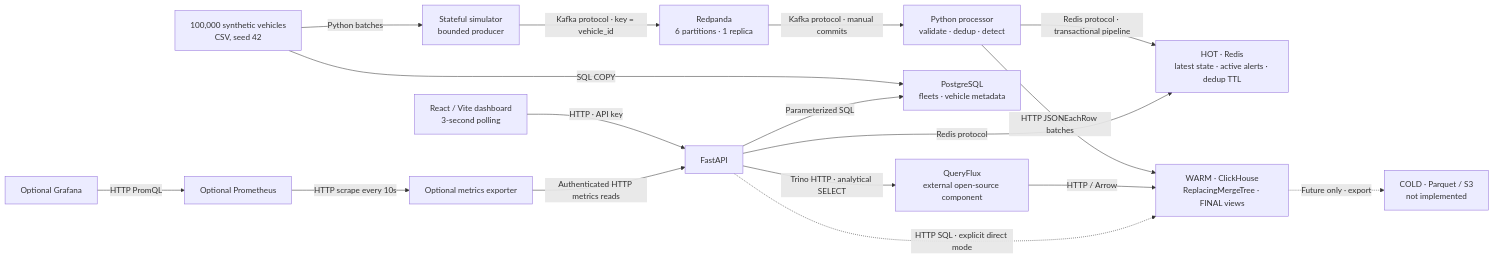
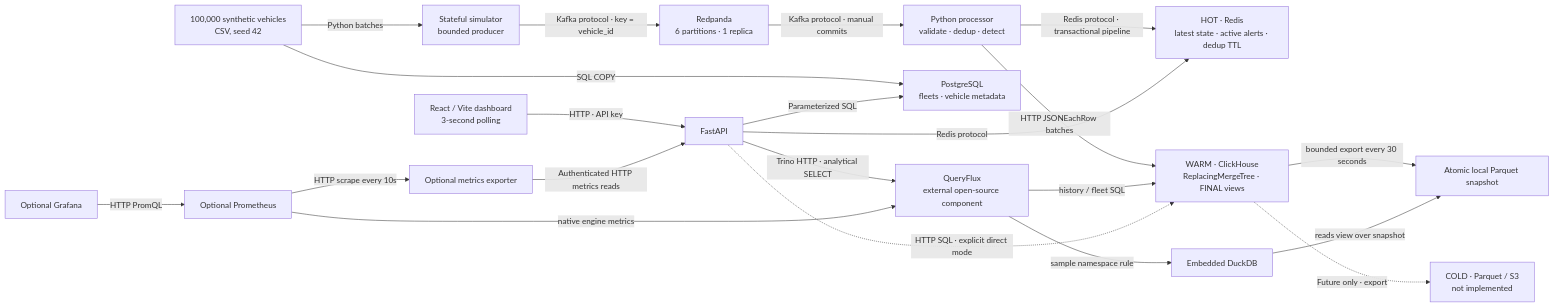
One commit to Kaileshwar16/VeloSense changed the diagram in docs/architecture.mmd. Above: the diagram before and after it, drawn with Mermaid. The commit also changed 44 other files, not shown here.

Commit message:
Add verified DuckDB sample routing alongside ClickHouse

```diff
--- a/docs/architecture.mmd
+++ b/docs/architecture.mmd
@@ -1,17 +1,21 @@
 flowchart LR
     Registry["100,000 synthetic vehicles\nCSV, seed 42"] -->|Python batches| Sim["Stateful simulator\nbounded producer"]
     Sim -->|"Kafka protocol · key = vehicle_id"| Kafka["Redpanda\n6 partitions · 1 replica"]
     Kafka -->|"Kafka protocol · manual commits"| Processor["Python processor\nvalidate · dedup · detect"]
     Processor -->|"Redis protocol · transactional pipeline"| Redis["HOT · Redis\nlatest state · active alerts · dedup TTL"]
     Processor -->|"HTTP JSONEachRow batches"| CH["WARM · ClickHouse\nReplacingMergeTree · FINAL views"]
     Registry -->|"SQL COPY"| PG["PostgreSQL\nfleets · vehicle metadata"]
     UI["React / Vite dashboard\n3-second polling"] -->|"HTTP · API key"| API["FastAPI"]
     API -->|Redis protocol| Redis
     API -->|Parameterized SQL| PG
     API -->|"Trino HTTP · analytical SELECT"| QF["QueryFlux\nexternal open-source component"]
-    QF -->|"HTTP / Arrow"| CH
+    QF -->|"history / fleet SQL"| CH
+    QF -->|"sample namespace rule"| DuckDB["Embedded DuckDB"]
+    CH -->|"bounded export every 30 seconds"| Sample["Atomic local Parquet snapshot"]
+    DuckDB -->|"reads view over snapshot"| Sample
     API -.->|"HTTP SQL · explicit direct mode"| CH
     CH -.->|"Future only · export"| Cold["COLD · Parquet / S3\nnot implemented"]
     Exporter["Optional metrics exporter"] -->|"Authenticated HTTP metrics reads"| API
     Prom["Optional Prometheus"] -->|"HTTP scrape every 10s"| Exporter
+    Prom -->|"native engine metrics"| QF
     Grafana["Optional Grafana"] -->|"HTTP PromQL"| Prom
```
